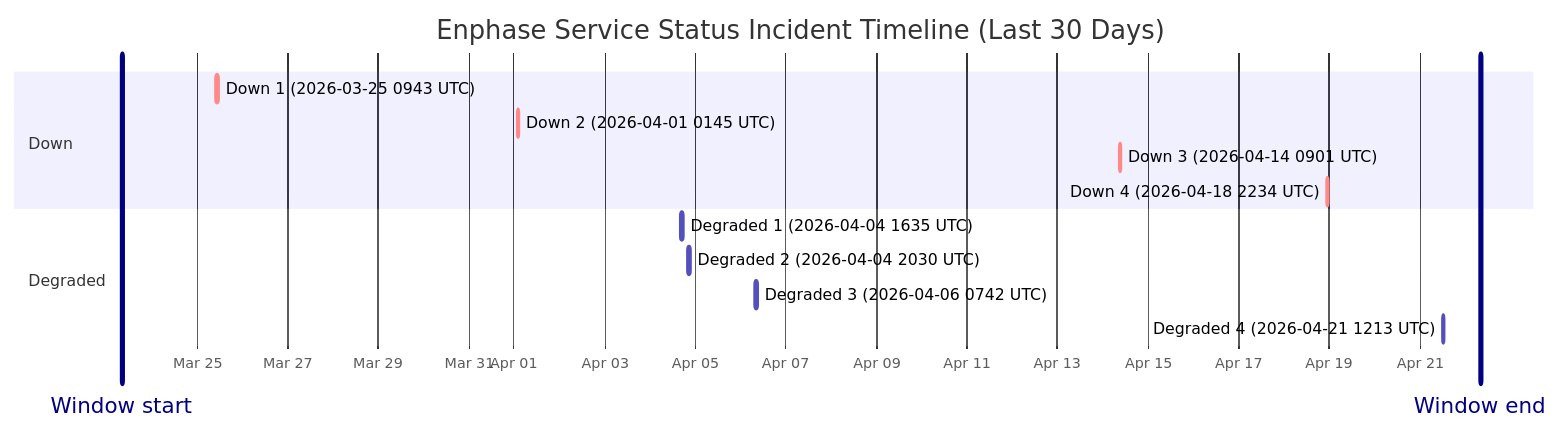
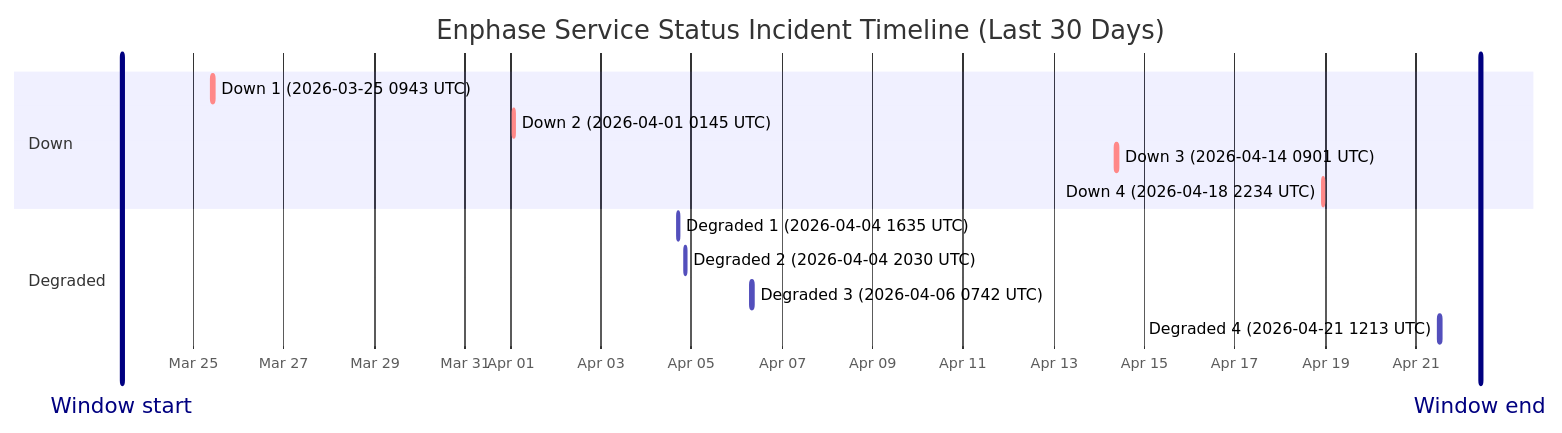
One commit to barneyonline/ha-enphase-ev-charger changed the diagram in wiki/Service-Status-History.md. Above: the diagram before and after it, drawn with Mermaid. The commit also changed other lines of this file and 3 other files, not shown here.

````diff
--- a/wiki/Service-Status-History.md
+++ b/wiki/Service-Status-History.md
@@ -14,18 +14,18 @@
 ```mermaid
 gantt
     title Enphase Service Status Incident Timeline (Last 30 Days)
     dateFormat  YYYY-MM-DDTHH:mm:ss
     axisFormat  %b %d
-    Window start :vert, window-start, 2026-03-23T08:02:13, 0ms
-    Window end :vert, window-end, 2026-04-22T08:02:13, 0ms
+    Window start :vert, window-start, 2026-03-23T09:59:42, 0ms
+    Window end :vert, window-end, 2026-04-22T09:59:42, 0ms
     section Down
     Down 1 (2026-03-25 0943 UTC) :crit, down-1, 2026-03-25T09:43:28, 111m
     Down 2 (2026-04-01 0145 UTC) :crit, down-2, 2026-04-01T01:45:09, 60m
     Down 3 (2026-04-14 0901 UTC) :crit, down-3, 2026-04-14T09:01:13, 60m
     Down 4 (2026-04-18 2234 UTC) :crit, down-4, 2026-04-18T22:34:13, 60m
     section Degraded
     Degraded 1 (2026-04-04 1635 UTC) :active, degraded-1, 2026-04-04T16:35:17, 60m
     Degraded 2 (2026-04-04 2030 UTC) :active, degraded-2, 2026-04-04T20:30:40, 60m
     Degraded 3 (2026-04-06 0742 UTC) :active, degraded-3, 2026-04-06T07:42:09, 85m
     Degraded 4 (2026-04-21 1213 UTC) :active, degraded-4, 2026-04-21T12:13:11, 60m
 ```
````
